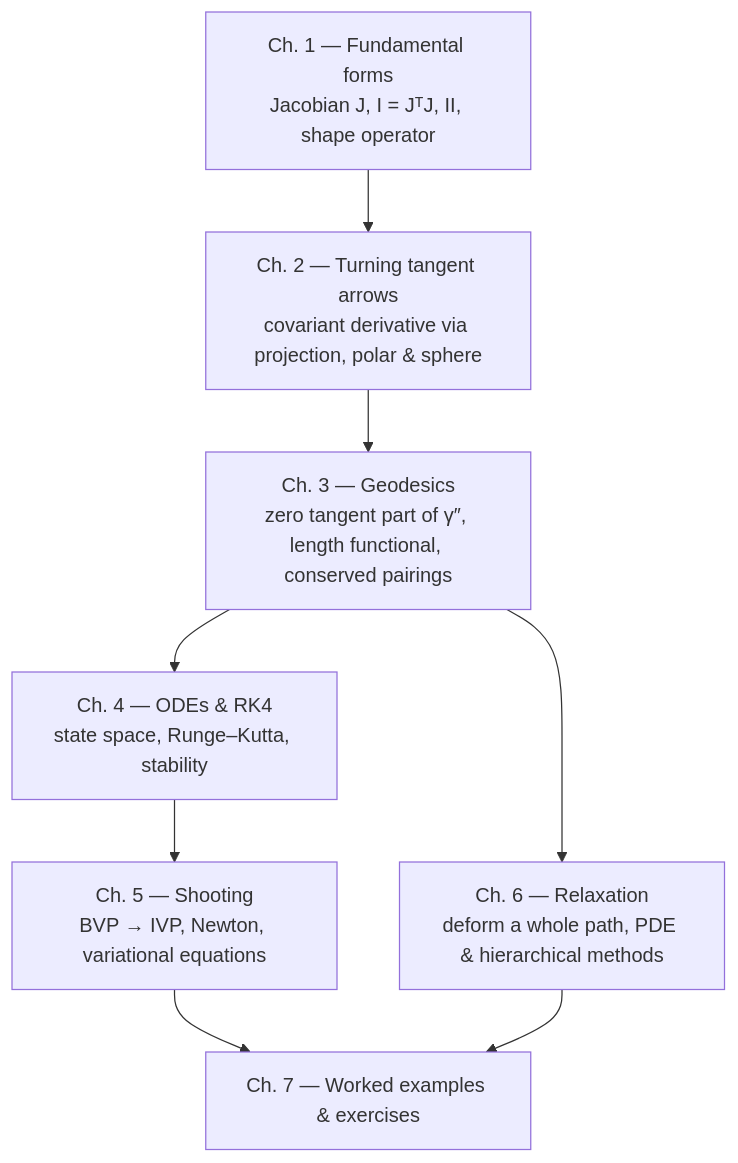
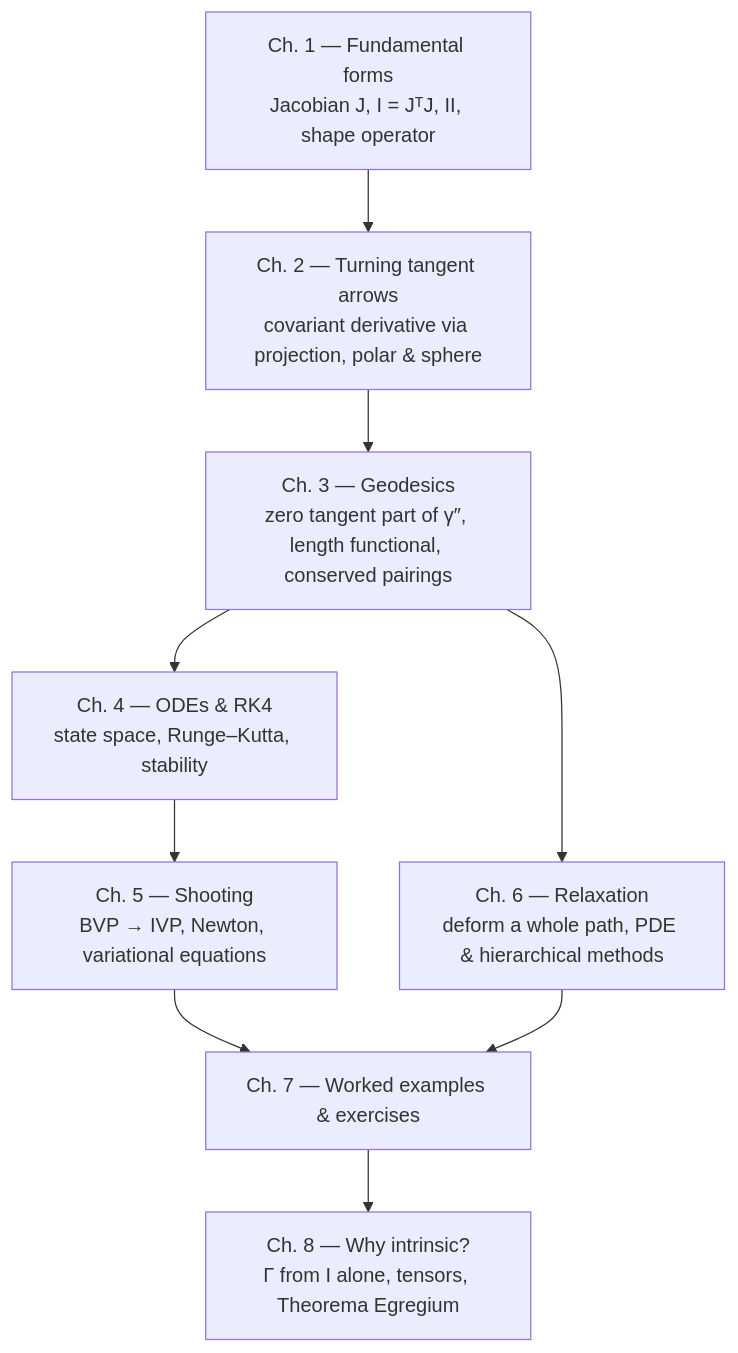
One commit to TreeHappy/brane changed the diagram in projects/geodesia/learn-geodesia/index.md. Above: the diagram before and after it, drawn with Mermaid. The commit also changed other lines of this file and 1 other file, not shown here.

Commit message:
geodesia: add ch. 8 — why intrinsic (Christoffel symbols from I, tensors, Theorema Egregium)

````diff
--- a/projects/geodesia/learn-geodesia/index.md
+++ b/projects/geodesia/learn-geodesia/index.md
@@ -55,14 +55,16 @@
 ```mermaid
 flowchart TD
     A["Ch. 1 — Fundamental forms<br/>Jacobian J, I = JᵀJ, II, shape operator"]
     B["Ch. 2 — Turning tangent arrows<br/>covariant derivative via projection, polar & sphere"]
     C["Ch. 3 — Geodesics<br/>zero tangent part of γ″, length functional, conserved pairings"]
     D["Ch. 4 — ODEs & RK4<br/>state space, Runge–Kutta, stability"]
     E["Ch. 5 — Shooting<br/>BVP → IVP, Newton, variational equations"]
     F["Ch. 6 — Relaxation<br/>deform a whole path, PDE & hierarchical methods"]
     G["Ch. 7 — Worked examples & exercises"]
+    H["Ch. 8 — Why intrinsic?<br/>Γ from I alone, tensors, Theorema Egregium"]
     A --> B --> C --> D --> E
     C --> F
     E --> G
     F --> G
+    G --> H
 ```
````
